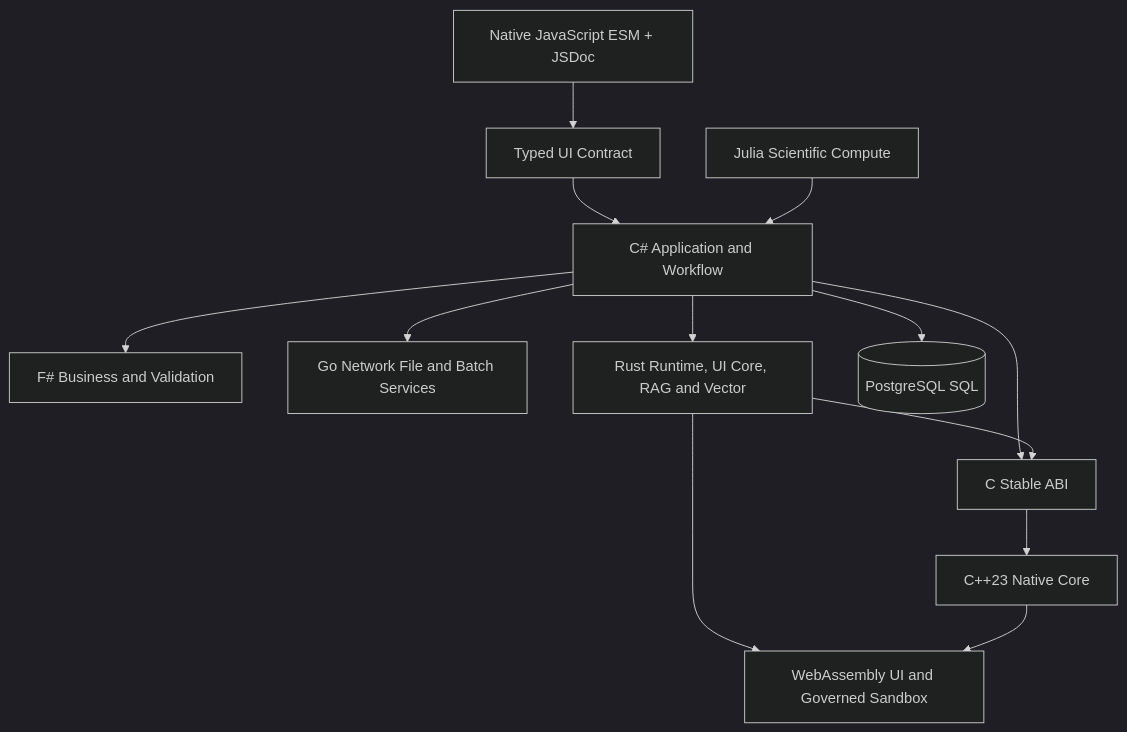
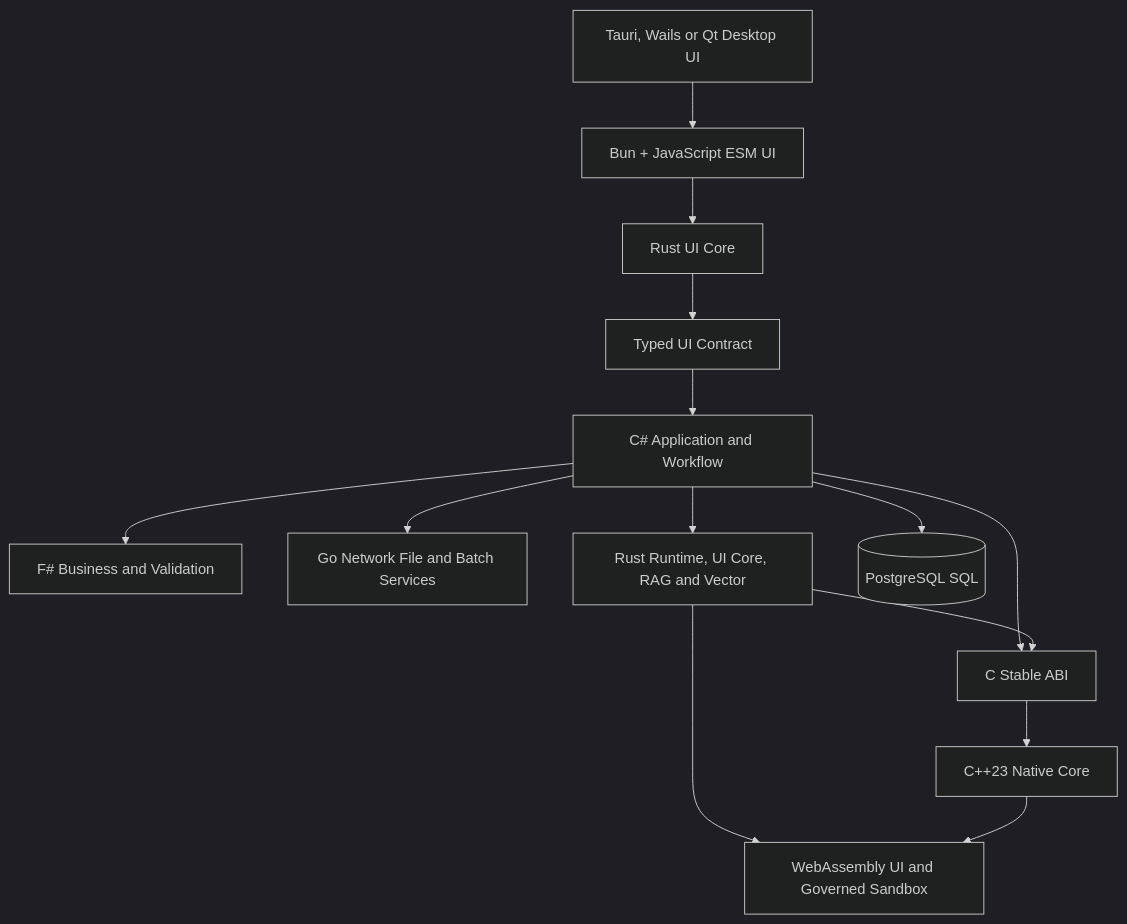
Before and after one commit to guilty442-source/GPTBridge: the first of 5 diagrams in governance_rule/codex/architecture-languages.md, drawn with Mermaid (dark theme). The commit also changed other lines of this file and 92 other files, not shown here.

````diff
--- a/governance_rule/codex/architecture-languages.md
+++ b/governance_rule/codex/architecture-languages.md
@@ -36,15 +35,16 @@
 ```mermaid
 flowchart TB
-  JS[Native JavaScript ESM + JSDoc] --> API[Typed UI Contract]
+  SHELL[Tauri, Wails or Qt Desktop UI] --> BUN[Bun + JavaScript ESM UI]
+  BUN --> RUSTUI[Rust UI Core]
+  RUSTUI --> API[Typed UI Contract]
   API --> CS[C# Application and Workflow]
   CS --> FS[F# Business and Validation]
   CS --> GO[Go Network File and Batch Services]
   CS --> RUST[Rust Runtime, UI Core, RAG and Vector]
   CS --> CABI[C Stable ABI]
   RUST --> CABI
   CABI --> CPP[C++23 Native Core]
   CS --> SQL[(PostgreSQL SQL)]
-  JULIA[Julia Scientific Compute] --> CS
   RUST --> WASM[WebAssembly UI and Governed Sandbox]
   CPP --> WASM
 ```
````
